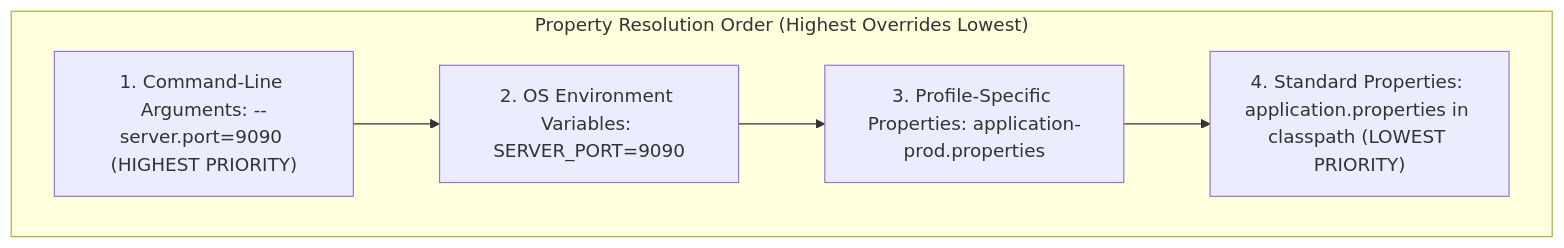
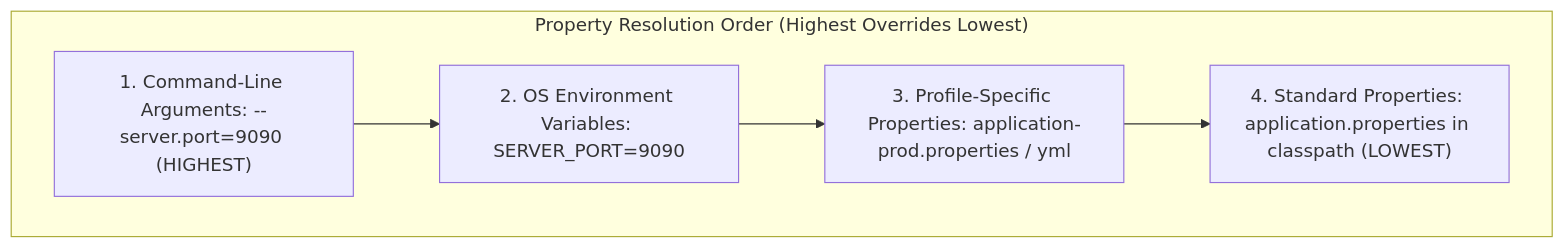
One commit to rohithgowda18/Notes changed the seventh of 10 diagrams in 06-Java-and-Spring-Boot/05-Spring-REST-Microservices-and-Production.md. Above: the diagram before and after it, drawn with Mermaid. The commit also changed other lines of this file and 13 other files, not shown here.

Commit message:
docs: upgrade Spring Boot study guides to Spring Boot 3+, Spring 6, Security 6, Jakarta, and add architecture diagrams

````diff
--- a/06-Java-and-Spring-Boot/05-Spring-REST-Microservices-and-Production.md
+++ b/06-Java-and-Spring-Boot/05-Spring-REST-Microservices-and-Production.md
@@ -319,10 +413,10 @@
 ```mermaid
 flowchart TD
     subgraph Precedence ["Property Resolution Order (Highest Overrides Lowest)"]
-        P1["1. Command-Line Arguments: --server.port=9090 (HIGHEST PRIORITY)"]
+        P1["1. Command-Line Arguments: --server.port=9090 (HIGHEST)"]
         P2["2. OS Environment Variables: SERVER_PORT=9090"]
-        P3["3. Profile-Specific Properties: application-prod.properties"]
-        P4["4. Standard Properties: application.properties in classpath (LOWEST PRIORITY)"]
+        P3["3. Profile-Specific Properties: application-prod.properties / yml"]
+        P4["4. Standard Properties: application.properties in classpath (LOWEST)"]
         P1 --> P2 --> P3 --> P4
     end
 ```
````
